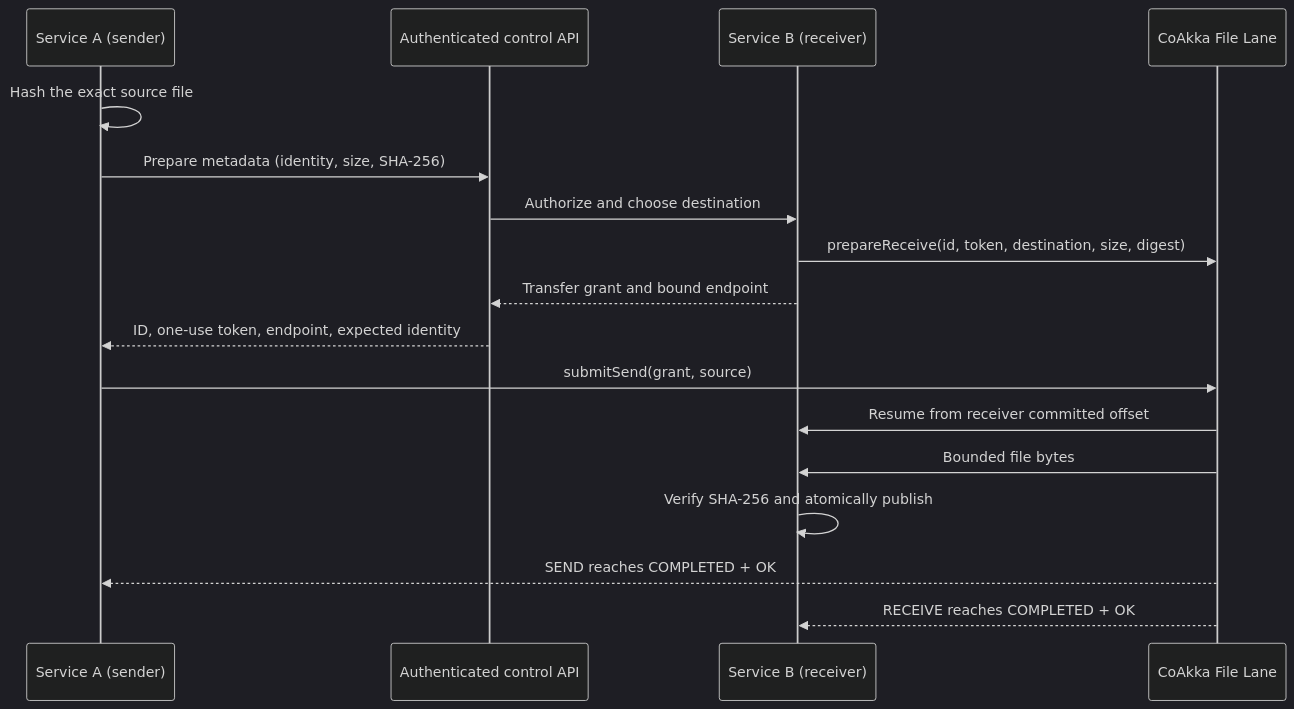
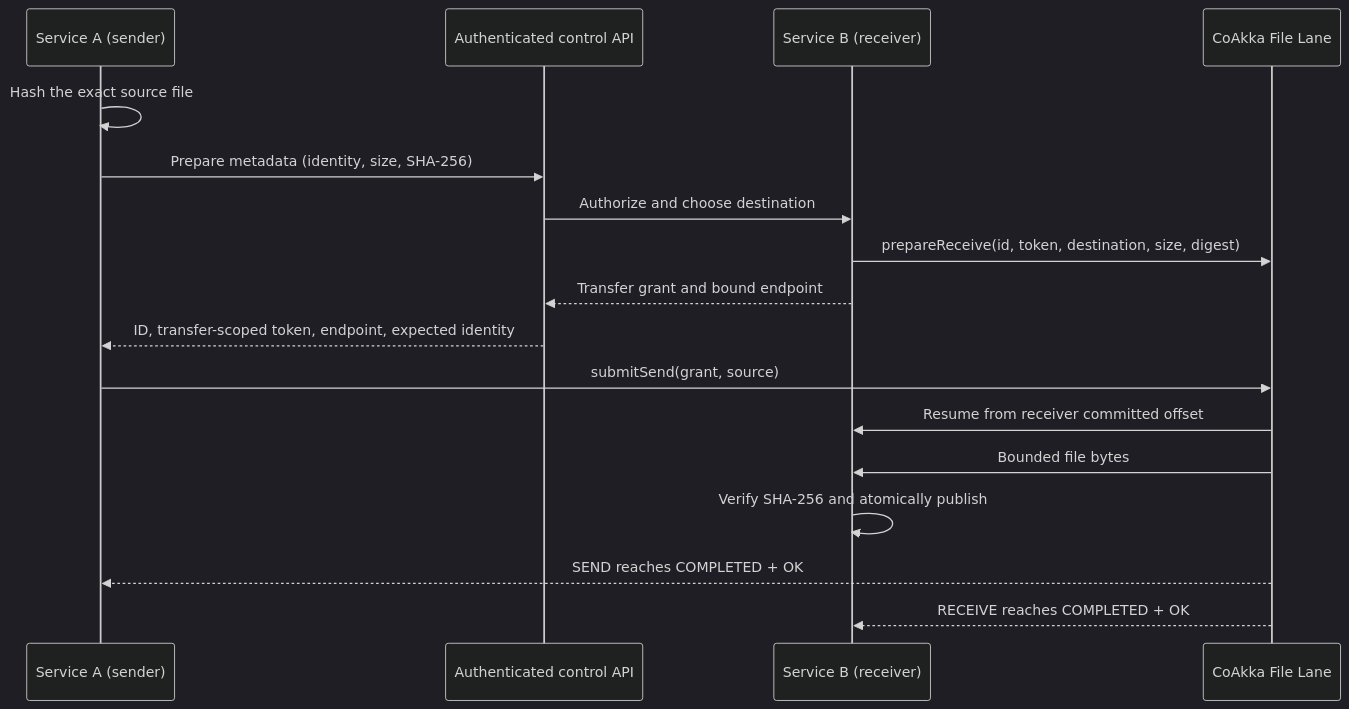
Before and after one commit to phuong-tran/coakka-publish: the second of 2 diagrams in docs/runtime-file-transfer.md, drawn with Mermaid (dark theme). The commit also changed other lines of this file and 4 other files, not shown here.

````diff
--- a/docs/runtime-file-transfer.md
+++ b/docs/runtime-file-transfer.md
@@ -110,20 +111,20 @@
 ```mermaid
 sequenceDiagram
     participant A as Service A (sender)
     participant API as Authenticated control API
     participant B as Service B (receiver)
     participant L as CoAkka File Lane
 
     A->>A: Hash the exact source file
     A->>API: Prepare metadata (identity, size, SHA-256)
     API->>B: Authorize and choose destination
     B->>L: prepareReceive(id, token, destination, size, digest)
     B-->>API: Transfer grant and bound endpoint
-    API-->>A: ID, one-use token, endpoint, expected identity
+    API-->>A: ID, transfer-scoped token, endpoint, expected identity
     A->>L: submitSend(grant, source)
     L->>B: Resume from receiver committed offset
     L->>B: Bounded file bytes
     B->>B: Verify SHA-256 and atomically publish
     L-->>A: SEND reaches COMPLETED + OK
     L-->>B: RECEIVE reaches COMPLETED + OK
 ```
````
